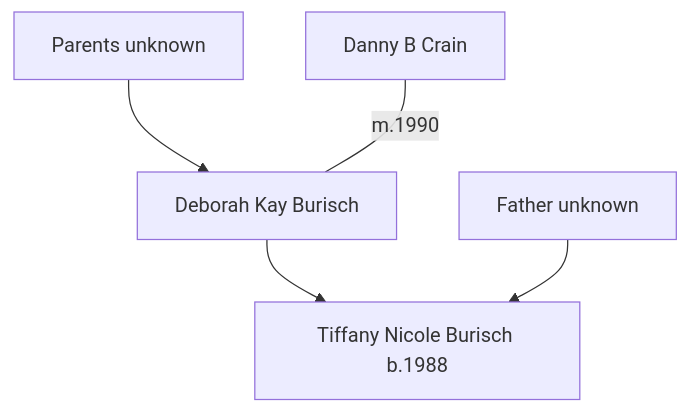
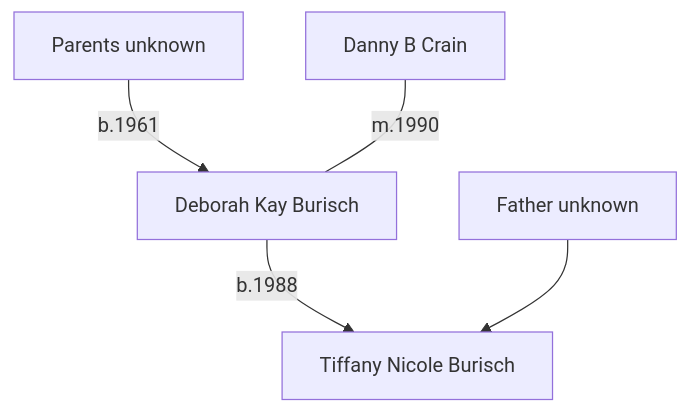
The diagram in docs/people/burisch_deborah.md (Black-Star-Institute/blackstar.github.io), drawn with Mermaid before and after one commit.

````diff
--- a/docs/people/burisch_deborah.md
+++ b/docs/people/burisch_deborah.md
@@ -25,7 +25,7 @@
 ```mermaid
 graph TD;
-  anon[Parents unknown] --> deborah
-  deborah[Deborah Kay Burisch] --> tiffany[Tiffany Nicole Burisch b.1988]
+  anon[Parents unknown] -- b.1961 --> deborah
+  deborah[Deborah Kay Burisch] -- b.1988 --> tiffany[Tiffany Nicole Burisch]
   anon2[Father unknown] --> tiffany
   dan[Danny B Crain] -- m.1990 --- deborah
 ```
````
